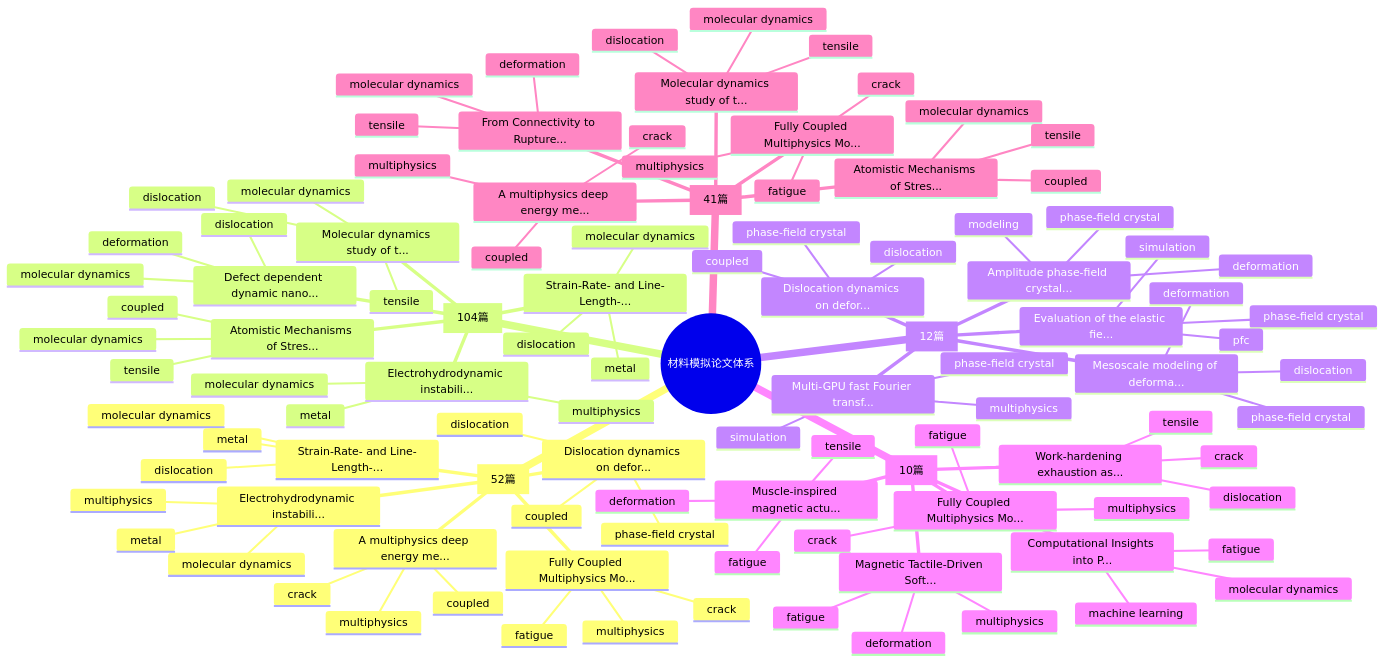
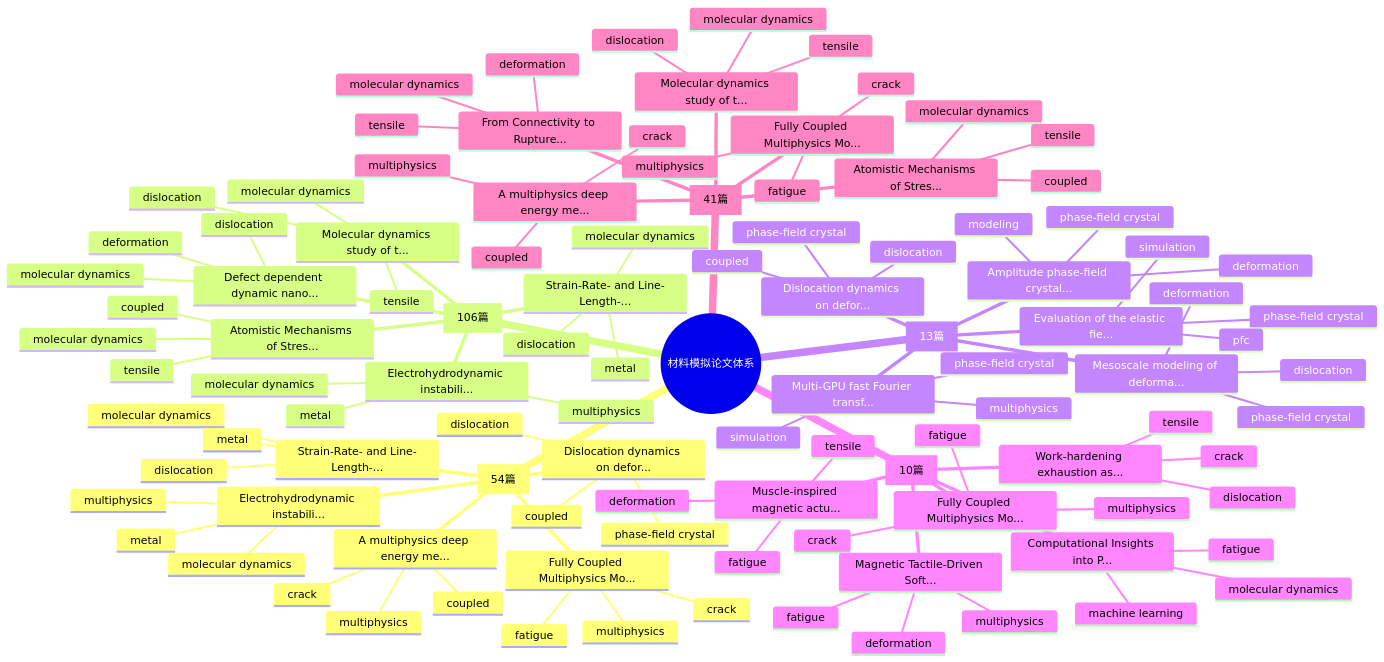
One commit to Shirakawa11111/BJK_readpaper changed the first of 2 diagrams in README.md. Above: the diagram before and after it, drawn with Mermaid. The commit also changed other lines of this file and 11 other files, not shown here.

````diff
--- a/README.md
+++ b/README.md
@@ -94,7 +94,7 @@
 ```mermaid
 mindmap
   root((材料模拟论文体系))
-    Multiphysics Coupling [52篇]
+    Multiphysics Coupling [54篇]
       Fully Coupled Multiphysics Mo...
         fatigue
         multiphysics
@@ -115,7 +115,7 @@
         molecular dynamics
         dislocation
         metal
-    Molecular Dynamics [104篇]
+    Molecular Dynamics [106篇]
       Molecular dynamics study of t...
         molecular dynamics
         dislocation
@@ -136,7 +136,7 @@
         molecular dynamics
         tensile
         coupled
-    Phase-Field Crystal [12篇]
+    Phase-Field Crystal [13篇]
       Dislocation dynamics on defor...
         phase-field crystal
         dislocation
````
